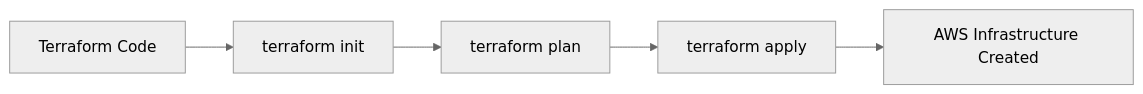
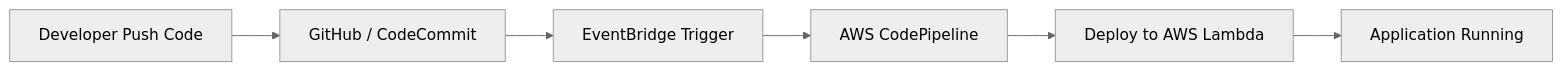
The fifth of 9 diagrams in README.md (AniketFirke/-CI-CD-Projects), drawn with Mermaid (neutral theme) before and after one commit. The commit also changed other lines of this file, not shown here.

````diff
--- a/README.md
+++ b/README.md
@@ -124,7 +126,9 @@
 ```mermaid
 flowchart LR
-    A[Terraform Code] --> B[terraform init]
-    B --> C[terraform plan]
-    C --> D[terraform apply]
-    D --> E[AWS Infrastructure Created]
+    A[Developer Push Code] --> B[GitHub / CodeCommit]
+    B --> C[EventBridge Trigger]
+    C --> D[AWS CodePipeline]
+    D --> E[Deploy to AWS Lambda]
+    E --> F[Application Running]
+
 ```
````
